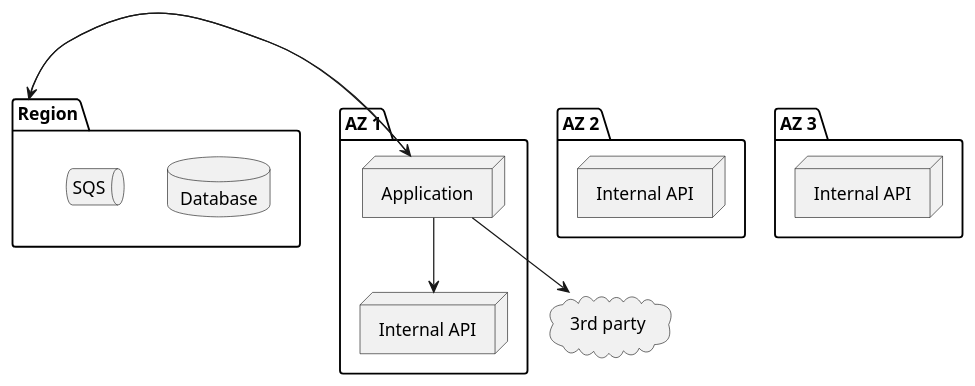
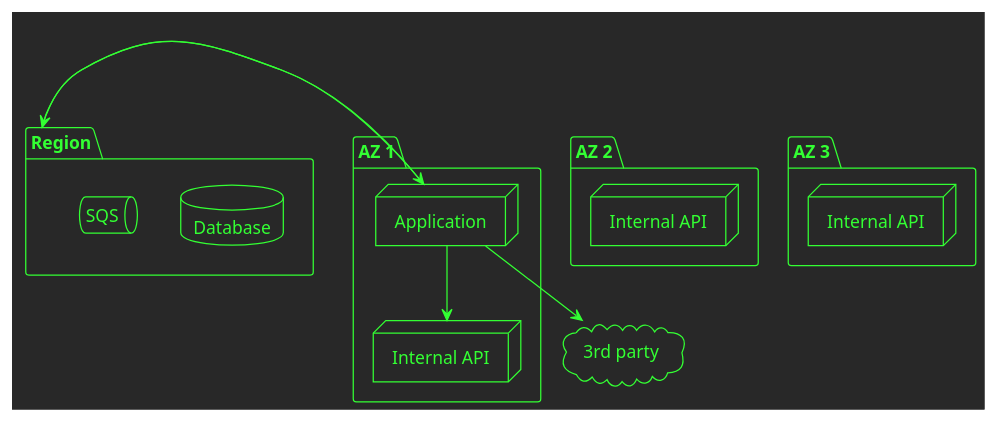
Before and after one commit to andykuszyk/andykuszyk.github.io: the seventh of 12 diagrams in 2024-06-28-practical-checklist-for-distributed-systems.org, drawn with PlantUML. The commit also changed other lines of this file and 12 other files, not shown here.

Commit message:
Modified the theme of plantuml diagrams

```diff
--- a/2024-06-28-practical-checklist-for-distributed-systems.org
+++ b/2024-06-28-practical-checklist-for-distributed-systems.org
@@ -182,26 +176,24 @@
 #+begin_src plantuml :file distributed-systems-checklist-dr-az-example2.png
-@startuml
+!theme crt-green
 package "AZ 1" as az1 {
   node "Application" as app
   node "Internal API" as api_az1
 }
 package "AZ 2" as az2 {
   node "Internal API" as api_az2
 }
 package "AZ 3" as az3 {
   node "Internal API" as api_az3
 }
 package "Region" as region {
   database "Database" as db
   queue "SQS" as sqs
 }
 
 cloud "3rd party" as ext
 
 region -> app
 app -> region
 app --> api_az1
 app --> ext
-
-@enduml
 #+end_src
```
